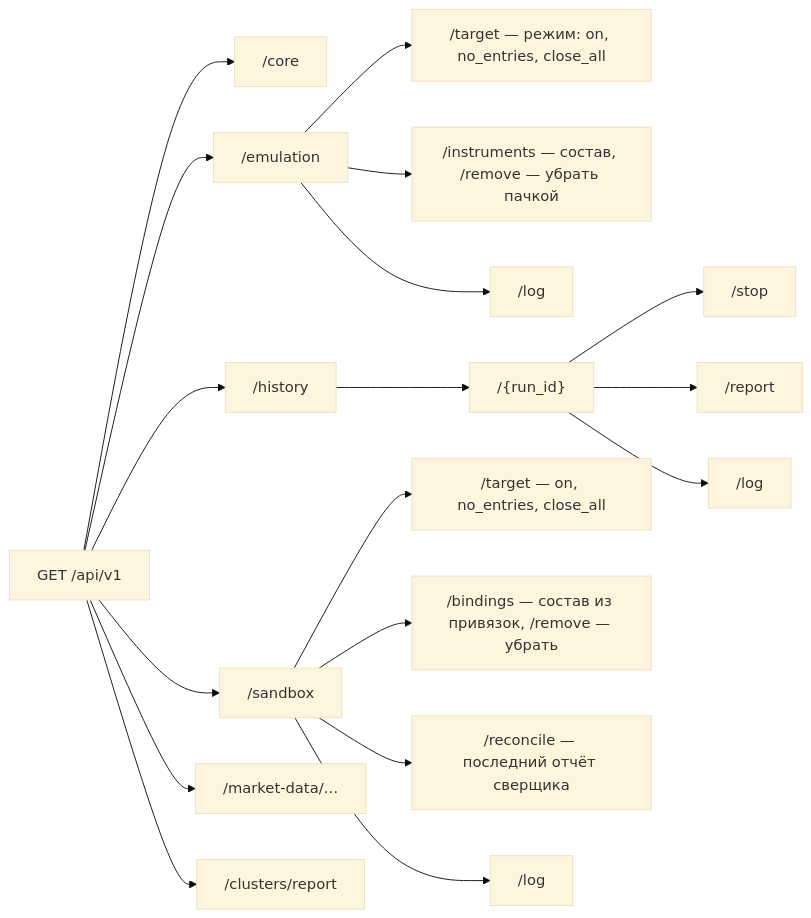
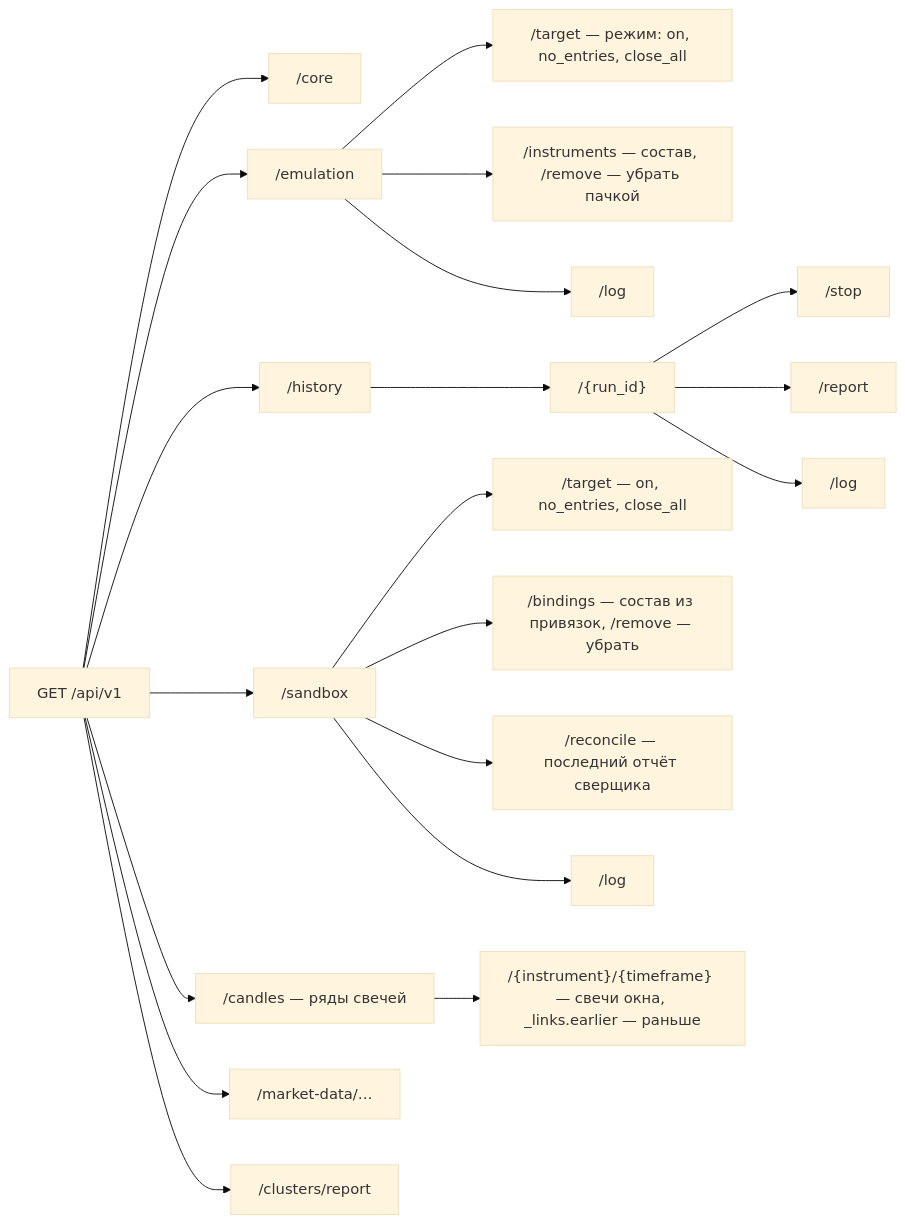
The diagram in docs/api/README.md (vladilenao/My_roBot), drawn with Mermaid (base theme) before and after one commit. The commit also changed other lines of this file and 13 other files, not shown here.

First line of the commit message:
Свечи для графиков UI: GET /api/v1/candles и /api/v1/candles/{instrument}/{timeframe} (add-candles-api)

````diff
--- a/docs/api/README.md
+++ b/docs/api/README.md
@@ -25,19 +25,21 @@
 ```mermaid
 flowchart LR
     home["GET /api/v1"] --> core["/core"]
     home --> emu["/emulation"]
     home --> hist["/history"]
     home --> sbx["/sandbox"]
+    home --> cnd["/candles — ряды свечей"]
     home --> md["/market-data/…"]
     home --> cl["/clusters/report"]
     emu --> target["/target — режим: on, no_entries, close_all"]
     emu --> members["/instruments — состав, /remove — убрать пачкой"]
     emu --> elog["/log"]
     hist --> run["/{run_id}"] --> stop["/stop"]
     run --> report["/report"]
     run --> rlog["/log"]
     sbx --> starget["/target — on, no_entries, close_all"]
     sbx --> bindings["/bindings — состав из привязок, /remove — убрать"]
     sbx --> rec["/reconcile — последний отчёт сверщика"]
     sbx --> slog["/log"]
+    cnd --> series["/{instrument}/{timeframe} — свечи окна, _links.earlier — раньше"]
 ```
````
